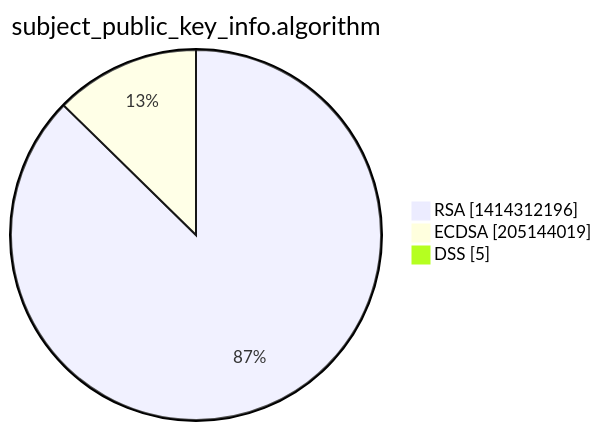
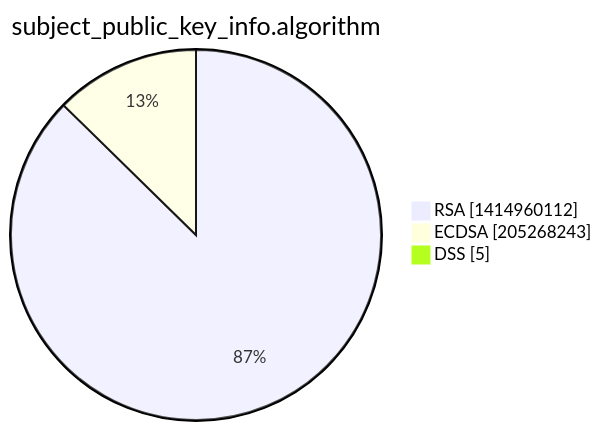
One commit to christiankrug/ctmonitor_visualization changed the third of 15 diagrams in xenon2022/README.md. Above: the diagram before and after it, drawn with Mermaid. The commit also changed other lines of this file, not shown here.

````diff
--- a/xenon2022/README.md
+++ b/xenon2022/README.md
@@ -14,7 +14,7 @@
 ```mermaid
 pie showData
 title subject_public_key_info.algorithm
-"RSA" :1414312196
-"ECDSA" :205144019
+"RSA" :1414960112
+"ECDSA" :205268243
 "DSS" :5
 ```
````
